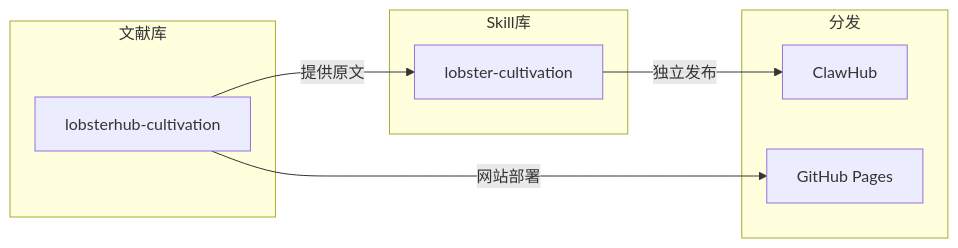
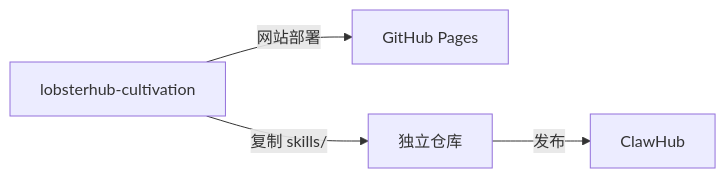
The second of 4 diagrams in docs/ARCHITECTURE.md (adminlove520/lobsterhub-cultivation), drawn with Mermaid before and after one commit. The commit also changed other lines of this file, not shown here.

````diff
--- a/docs/ARCHITECTURE.md
+++ b/docs/ARCHITECTURE.md
@@ -79,19 +63,6 @@
 ```mermaid
 flowchart LR
-    subgraph 文献库
-        A[lobsterhub-cultivation]
-    end
-    
-    subgraph Skill库
-        B[lobster-cultivation]
-    end
-    
-    subgraph 分发
-        C[ClawHub]
-        D[GitHub Pages]
-    end
-    
-    A -->|提供原文| B
-    B -->|独立发布| C
-    A -->|网站部署| D
+    A[lobsterhub-cultivation] -->|网站部署| Pages[GitHub Pages]
+    A -->|复制 skills/| B[独立仓库]
+    B -->|发布| ClawHub
 ```
````
